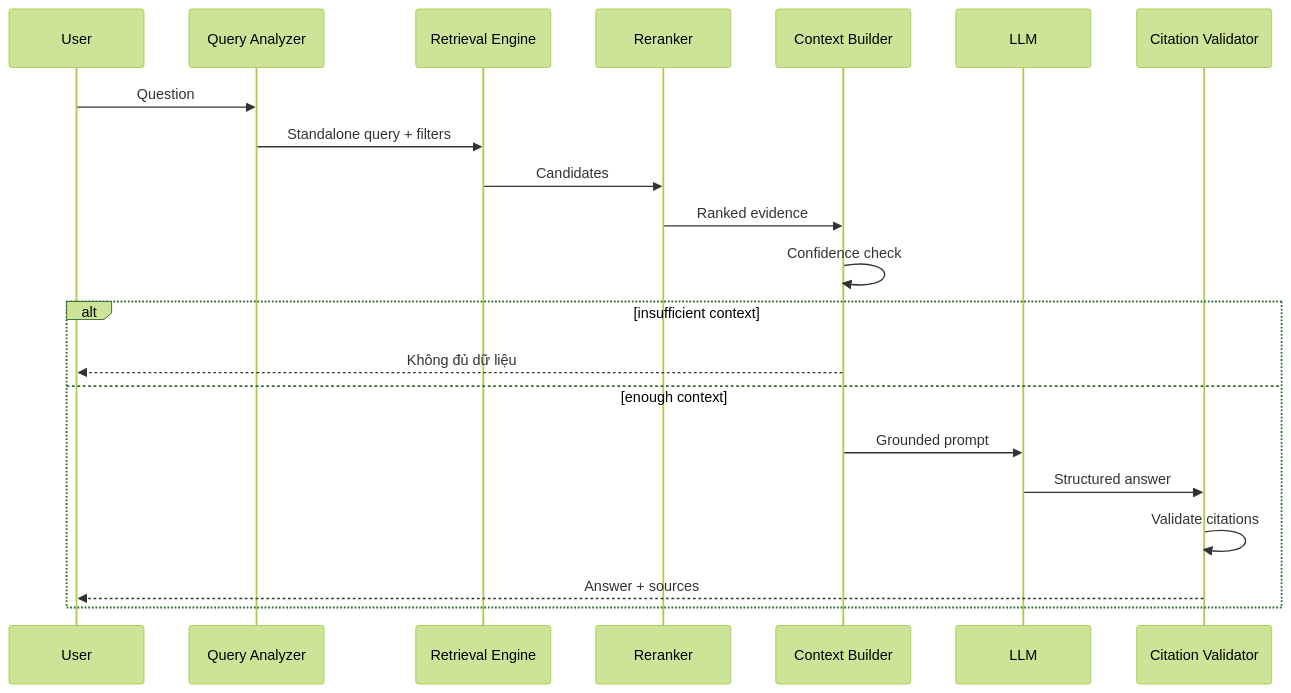
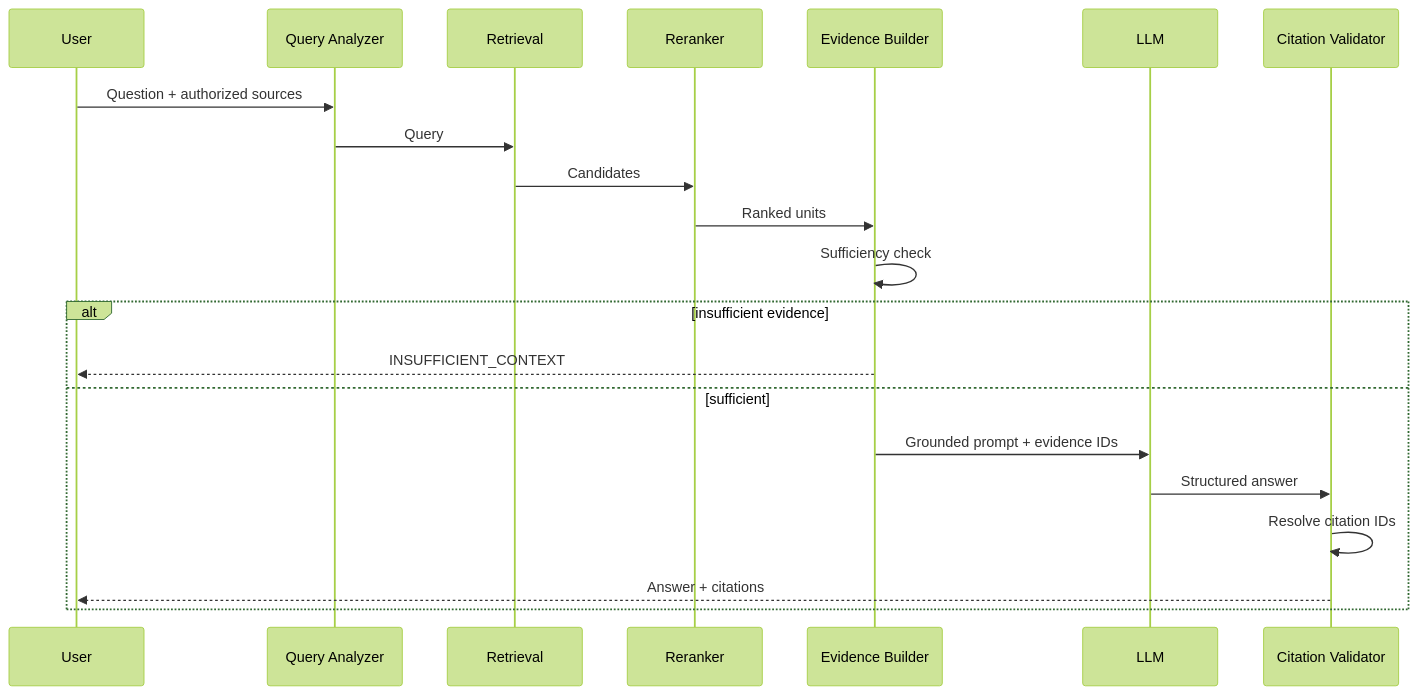
The second of 4 diagrams in AI_Study_Assistant_2.0_FULL_AI_SYSTEM_DESIGN.md (Hoang-k68a3hus/support_learning), drawn with Mermaid (forest theme) before and after one commit. The commit also changed other lines of this file, not shown here.

````diff
--- a/AI_Study_Assistant_2.0_FULL_AI_SYSTEM_DESIGN.md
+++ b/AI_Study_Assistant_2.0_FULL_AI_SYSTEM_DESIGN.md
@@ -987,25 +829,25 @@
 ```mermaid
 sequenceDiagram
     participant U as User
     participant Q as Query Analyzer
-    participant RET as Retrieval Engine
+    participant R as Retrieval
     participant RR as Reranker
-    participant C as Context Builder
+    participant E as Evidence Builder
     participant L as LLM
-    participant CIT as Citation Validator
+    participant C as Citation Validator
 
-    U->>Q: Question
-    Q->>RET: Standalone query + filters
-    RET->>RR: Candidates
-    RR->>C: Ranked evidence
-    C->>C: Confidence check
+    U->>Q: Question + authorized sources
+    Q->>R: Query
+    R->>RR: Candidates
+    RR->>E: Ranked units
+    E->>E: Sufficiency check
 
-    alt insufficient context
-        C-->>U: Không đủ dữ liệu
-    else enough context
-        C->>L: Grounded prompt
-        L->>CIT: Structured answer
-        CIT->>CIT: Validate citations
-        CIT-->>U: Answer + sources
+    alt insufficient evidence
+        E-->>U: INSUFFICIENT_CONTEXT
+    else sufficient
+        E->>L: Grounded prompt + evidence IDs
+        L->>C: Structured answer
+        C->>C: Resolve citation IDs
+        C-->>U: Answer + citations
     end
 ```
````
